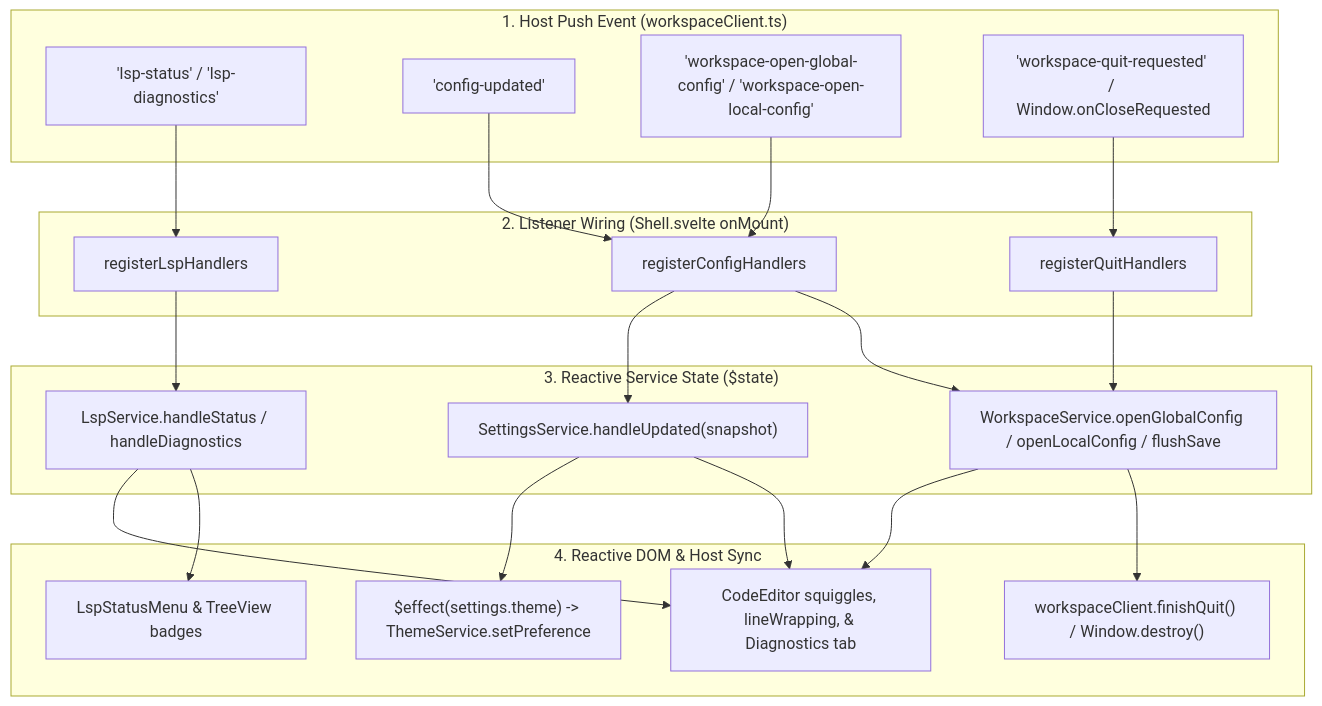
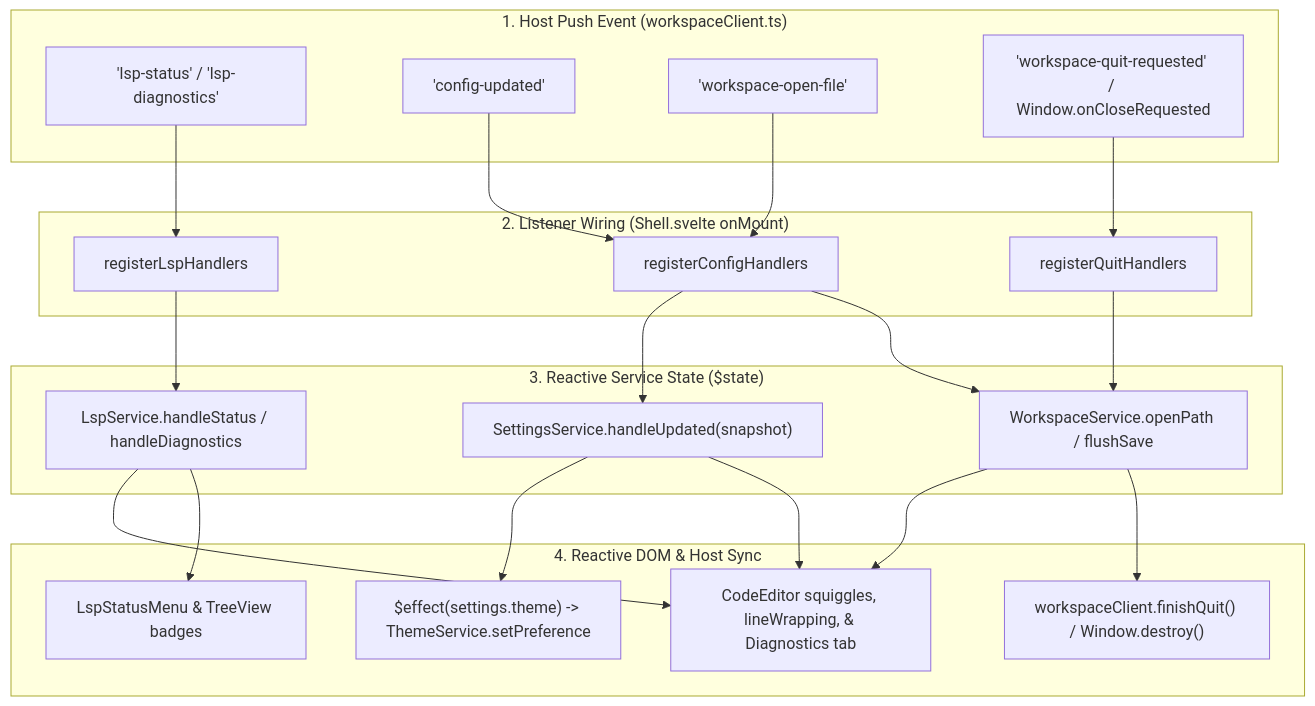
One commit to difflab-io/lgtm changed the third of 3 diagrams in docs/architecture/web/index.md. Above: the diagram before and after it, drawn with Mermaid. The commit also changed other lines of this file and 10 other files, not shown here.

````diff
--- a/docs/architecture/web/index.md
+++ b/docs/architecture/web/index.md
@@ -114,39 +114,39 @@
 ```mermaid
 flowchart TD
     subgraph HostPush["1. Host Push Event (workspaceClient.ts)"]
         E_LSP["'lsp-status' / 'lsp-diagnostics'"]
         E_CFG["'config-updated'"]
-        E_MENU["'workspace-open-global-config' / 'workspace-open-local-config'"]
+        E_MENU["'workspace-open-file'"]
         E_QUIT["'workspace-quit-requested' / Window.onCloseRequested"]
     end
 
     subgraph ShellMount["2. Listener Wiring (Shell.svelte onMount)"]
         H_LSP["registerLspHandlers"]
         H_CFG["registerConfigHandlers"]
         H_QUIT["registerQuitHandlers"]
     end
 
     subgraph Services["3. Reactive Service State ($state)"]
         S_LSP["LspService.handleStatus / handleDiagnostics"]
         S_SET["SettingsService.handleUpdated(snapshot)"]
-        S_WS["WorkspaceService.openGlobalConfig / openLocalConfig / flushSave"]
+        S_WS["WorkspaceService.openPath / flushSave"]
     end
 
     subgraph UI["4. Reactive DOM & Host Sync"]
         U_EDITOR["CodeEditor squiggles, lineWrapping, & Diagnostics tab"]
         U_MENU["LspStatusMenu & TreeView badges"]
         U_THEME["$effect(settings.theme) -> ThemeService.setPreference"]
         U_EXIT["workspaceClient.finishQuit() / Window.destroy()"]
     end
 
     E_LSP --> H_LSP --> S_LSP
     S_LSP --> U_EDITOR
     S_LSP --> U_MENU
 
     E_CFG --> H_CFG --> S_SET
     S_SET --> U_THEME
     S_SET --> U_EDITOR
 
     E_MENU --> H_CFG --> S_WS --> U_EDITOR
     E_QUIT --> H_QUIT --> S_WS --> U_EXIT
 ```
````
